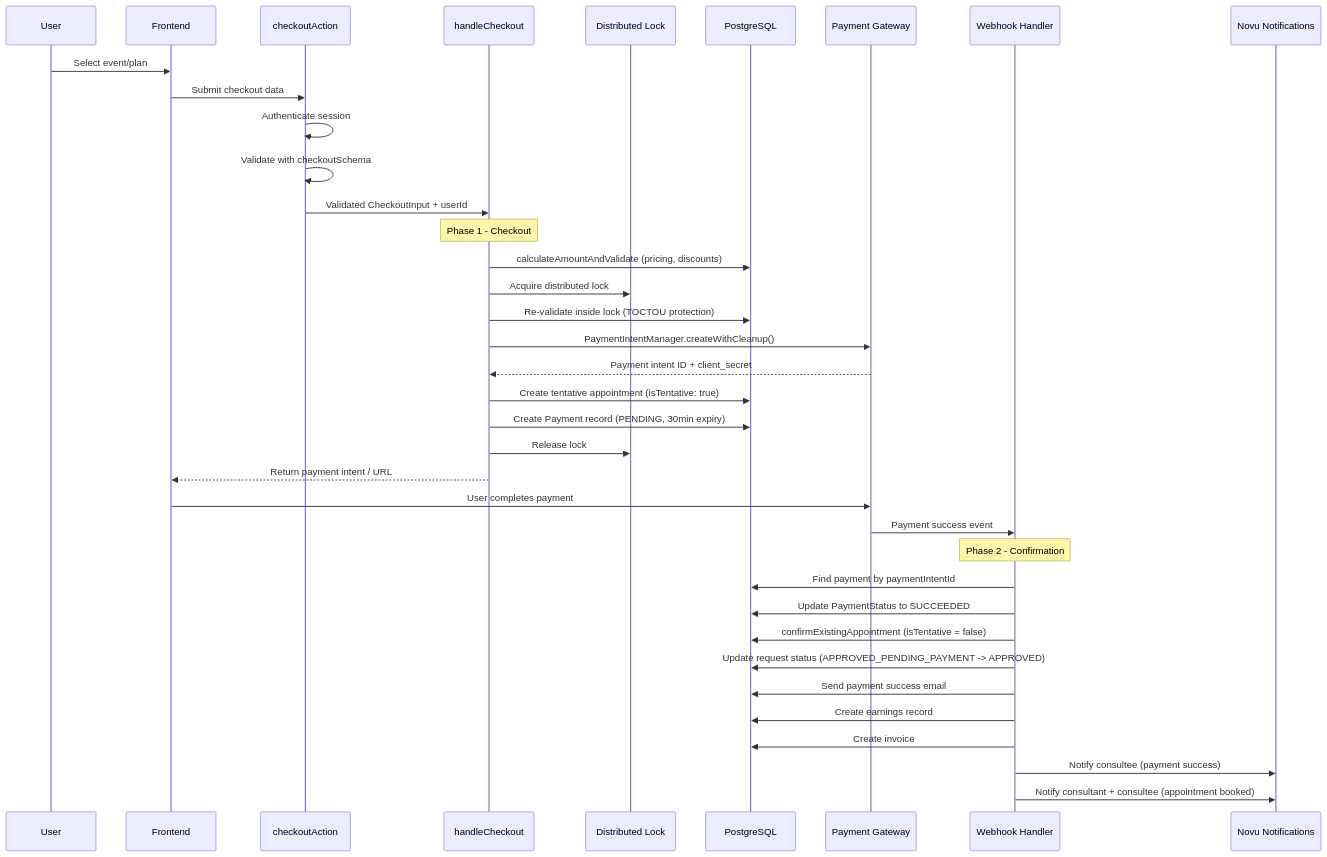
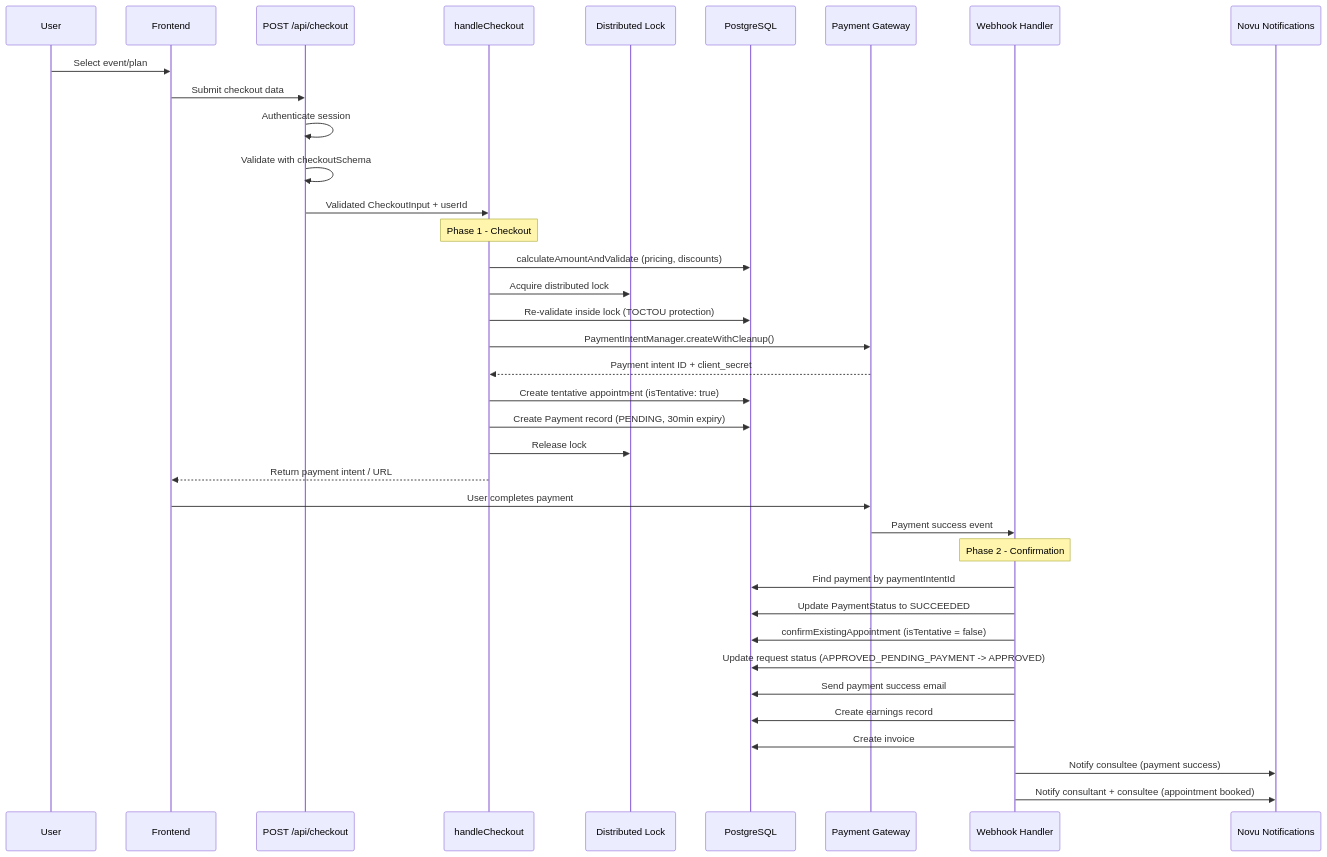
The diagram in docs/booking/10-checkout-payment-integration.md (Practitionist/familiarise_web), drawn with Mermaid before and after one commit. The commit also changed other lines of this file and 11 other files, not shown here.

````diff
--- a/docs/booking/10-checkout-payment-integration.md
+++ b/docs/booking/10-checkout-payment-integration.md
@@ -26,43 +26,43 @@
 ```mermaid
 sequenceDiagram
     participant User
     participant Frontend
-    participant Action as checkoutAction
+    participant Route as POST /api/checkout
     participant Checkout as handleCheckout
     participant Redis as Distributed Lock
     participant DB as PostgreSQL
     participant Gateway as Payment Gateway
     participant Webhook as Webhook Handler
     participant Novu as Novu Notifications
 
     User->>Frontend: Select event/plan
-    Frontend->>Action: Submit checkout data
-    Action->>Action: Authenticate session
-    Action->>Action: Validate with checkoutSchema
-    Action->>Checkout: Validated CheckoutInput + userId
+    Frontend->>Route: Submit checkout data
+    Route->>Route: Authenticate session
+    Route->>Route: Validate with checkoutSchema
+    Route->>Checkout: Validated CheckoutInput + userId
 
     Note over Checkout: Phase 1 - Checkout
     Checkout->>DB: calculateAmountAndValidate (pricing, discounts)
     Checkout->>Redis: Acquire distributed lock
     Checkout->>DB: Re-validate inside lock (TOCTOU protection)
     Checkout->>Gateway: PaymentIntentManager.createWithCleanup()
     Gateway-->>Checkout: Payment intent ID + client_secret
     Checkout->>DB: Create tentative appointment (isTentative: true)
     Checkout->>DB: Create Payment record (PENDING, 30min expiry)
     Checkout->>Redis: Release lock
     Checkout-->>Frontend: Return payment intent / URL
 
     Frontend->>Gateway: User completes payment
     Gateway->>Webhook: Payment success event
 
     Note over Webhook: Phase 2 - Confirmation
     Webhook->>DB: Find payment by paymentIntentId
     Webhook->>DB: Update PaymentStatus to SUCCEEDED
     Webhook->>DB: confirmExistingAppointment (isTentative = false)
     Webhook->>DB: Update request status (APPROVED_PENDING_PAYMENT -> APPROVED)
     Webhook->>DB: Send payment success email
     Webhook->>DB: Create earnings record
     Webhook->>DB: Create invoice
     Webhook->>Novu: Notify consultee (payment success)
     Webhook->>Novu: Notify consultant + consultee (appointment booked)
 ```
````
